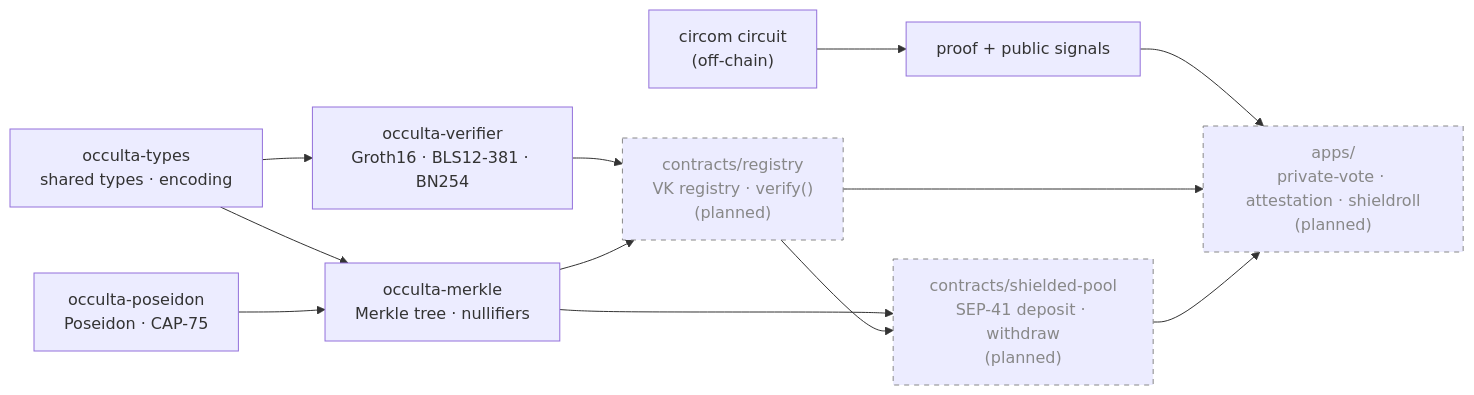
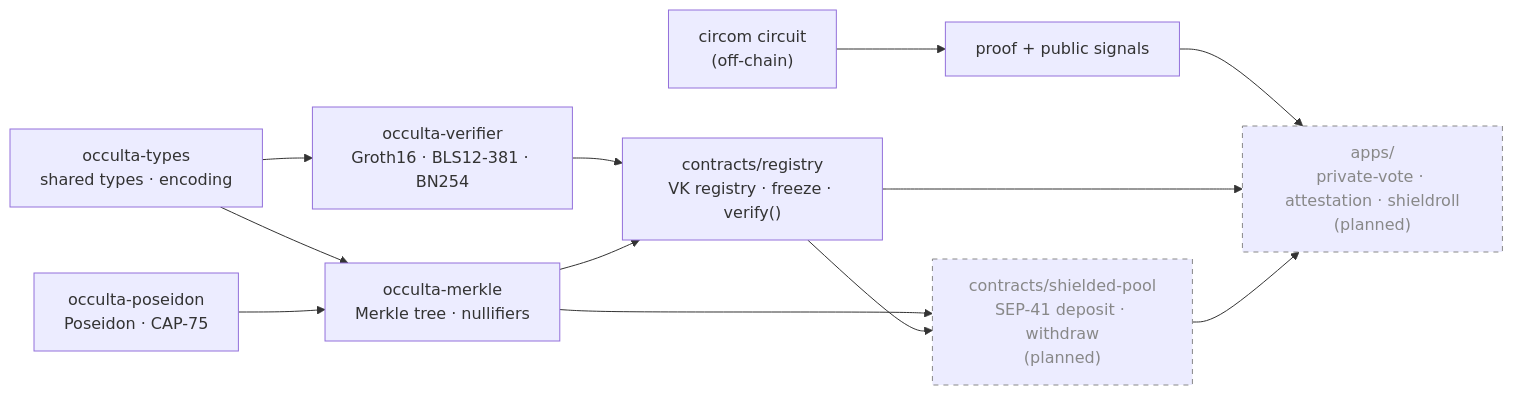
Before and after one commit to Occulta-zk/occulta-contracts: the diagram in README.md, drawn with Mermaid. The commit also changed other lines of this file and 6 other files, not shown here.

````diff
--- a/README.md
+++ b/README.md
@@ -72,27 +88,27 @@
 ```mermaid
 flowchart LR
     circuit["circom circuit\n(off-chain)"]
     snarkjs["proof + public signals"]
     types["occulta-types\nshared types · encoding"]
     poseidon["occulta-poseidon\nPoseidon · CAP-75"]
     verifier["occulta-verifier\nGroth16 · BLS12-381 · BN254"]
     merkle["occulta-merkle\nMerkle tree · nullifiers"]
-    registry["contracts/registry\nVK registry · verify()\n(planned)"]
+    registry["contracts/registry\nVK registry · freeze · verify()"]
     pool["contracts/shielded-pool\nSEP-41 deposit · withdraw\n(planned)"]
     apps["apps/\nprivate-vote · attestation · shieldroll\n(planned)"]
 
     circuit --> snarkjs
     snarkjs --> apps
     types --> verifier
     types --> merkle
     poseidon --> merkle
     verifier --> registry
     merkle --> registry
     merkle --> pool
     registry --> pool
     registry --> apps
     pool --> apps
 
     classDef scaffold stroke-dasharray: 5 5,stroke:#888,color:#888;
-    class registry,pool,apps scaffold;
+    class pool,apps scaffold;
 ```
````
